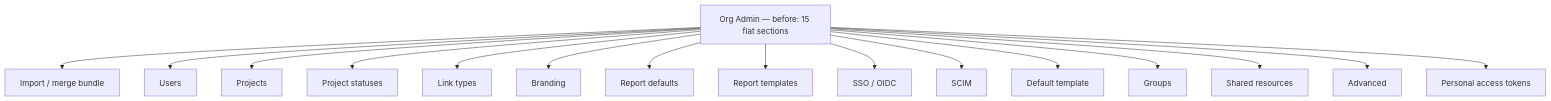
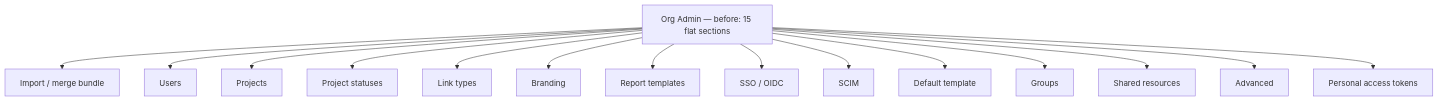
The second of 26 diagrams in docs/ux-style-guide.md (ballardr/reqtrackmanager), drawn with Mermaid before and after one commit. The commit also changed other lines of this file and 78 other files, not shown here.

````diff
--- a/docs/ux-style-guide.md
+++ b/docs/ux-style-guide.md
@@ -66,18 +66,17 @@
 ```mermaid
 flowchart TD
   Root["Org Admin — before: 15 flat sections"] --> S1["Import / merge bundle"]
   Root --> S2["Users"]
   Root --> S3["Projects"]
   Root --> S4["Project statuses"]
   Root --> S5["Link types"]
   Root --> S6["Branding"]
-  Root --> S7["Report defaults"]
   Root --> S8["Report templates"]
   Root --> S9["SSO / OIDC"]
   Root --> S10["SCIM"]
   Root --> S11["Default template"]
   Root --> S12["Groups"]
   Root --> S13["Shared resources"]
   Root --> S14["Advanced"]
   Root --> S15["Personal access tokens"]
 ```
````
